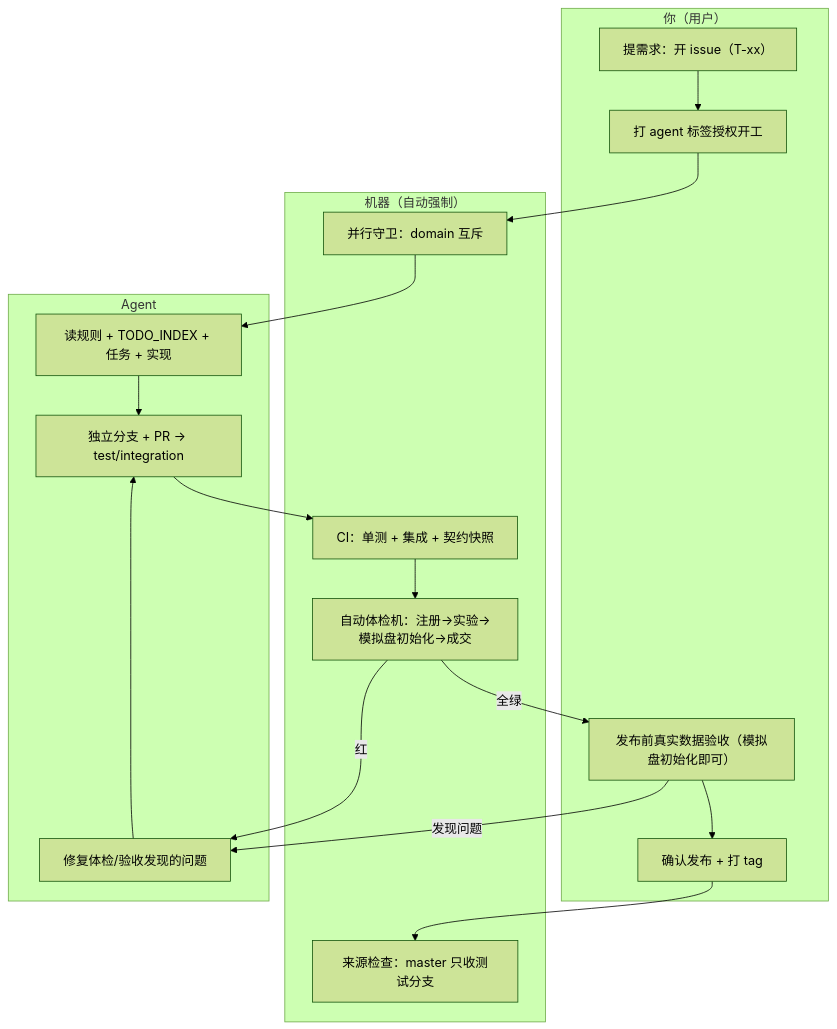
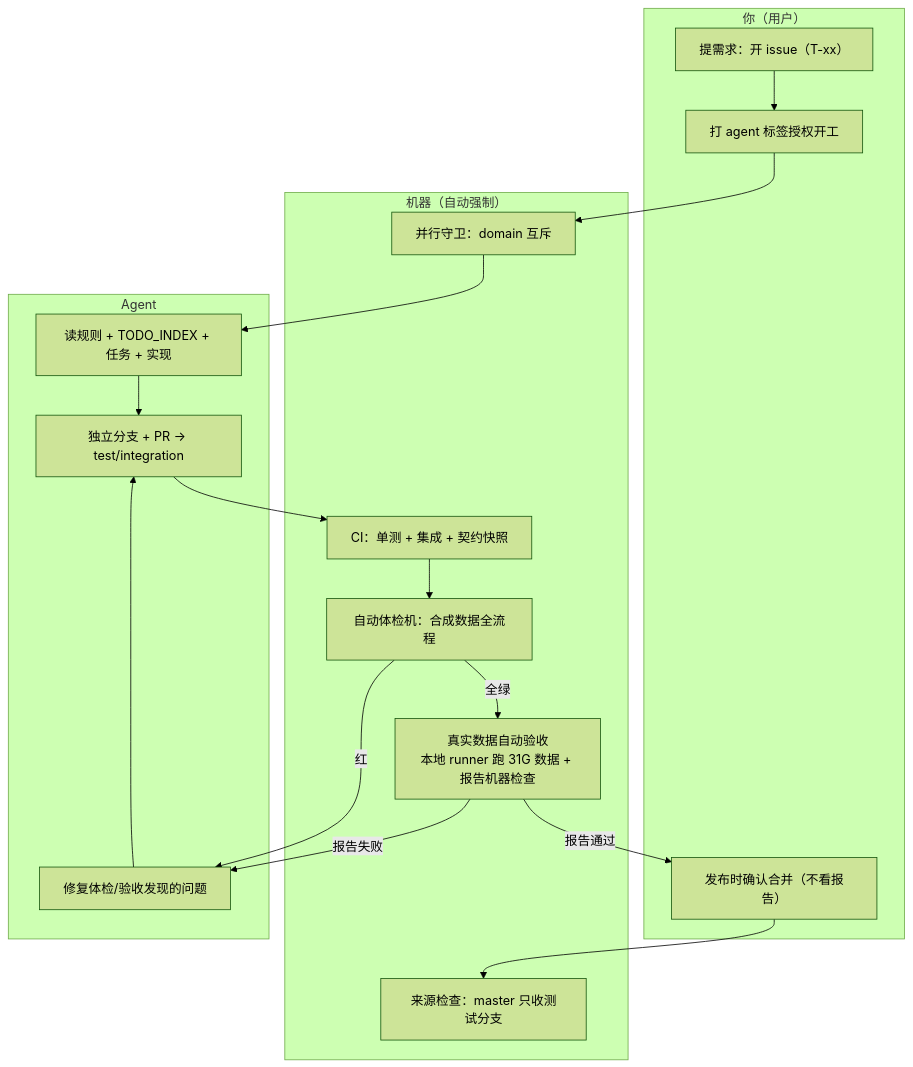
The sixth of 8 diagrams in docs/WORKFLOW_UPDATE_PLAN.md (feng653/quant-lean), drawn with Mermaid (forest theme) before and after one commit. The commit also changed other lines of this file, not shown here.

````diff
--- a/docs/WORKFLOW_UPDATE_PLAN.md
+++ b/docs/WORKFLOW_UPDATE_PLAN.md
@@ -161,25 +176,25 @@
 ```mermaid
 flowchart TB
     subgraph 你["你（用户）"]
         U1[提需求：开 issue（T-xx）]
         U2[打 agent 标签授权开工]
-        U3[发布前真实数据验收（模拟盘初始化即可）]
-        U4[确认发布 + 打 tag]
+        U3[发布时确认合并（不看报告）]
     end
     subgraph 机器["机器（自动强制）"]
         M1[并行守卫：domain 互斥]
         M2[CI：单测 + 集成 + 契约快照]
-        M3[自动体检机：注册→实验→模拟盘初始化→成交]
-        M4[来源检查：master 只收测试分支]
+        M3[自动体检机：合成数据全流程]
+        M4[真实数据自动验收<br/>本地 runner 跑 31G 数据 + 报告机器检查]
+        M5[来源检查：master 只收测试分支]
     end
     subgraph agent["Agent"]
         A1[读规则 + TODO_INDEX + 任务 + 实现]
         A2[独立分支 + PR → test/integration]
         A3[修复体检/验收发现的问题]
     end
 
     U1 --> U2 --> M1 --> A1 --> A2 --> M2 --> M3
-    M3 -->|全绿| U3 --> U4 --> M4
+    M3 -->|全绿| M4 -->|报告通过| U3 --> M5
     M3 -->|红| A3 --> A2
-    U3 -->|发现问题| A3
+    M4 -->|报告失败| A3
 ```
````
